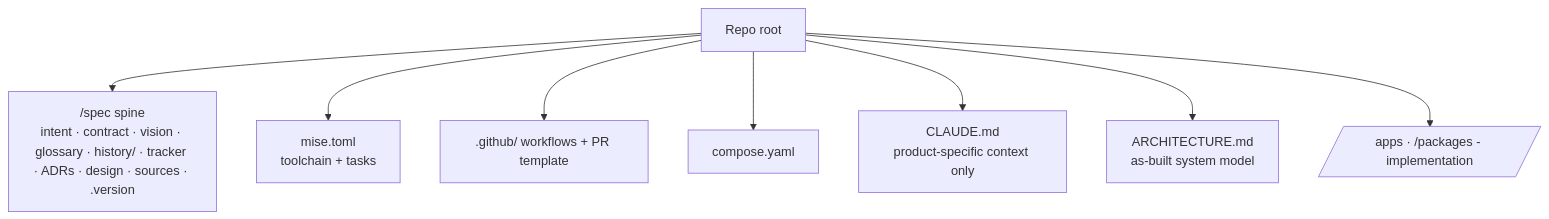
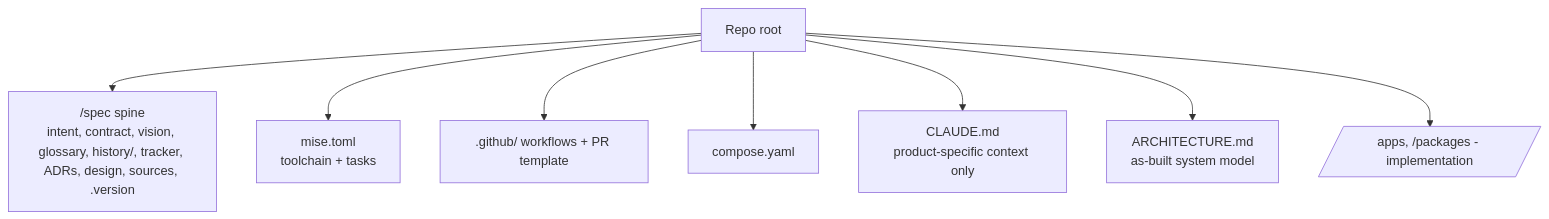
One commit to element22llc/e22-plugins changed the diagram in docs/reference/repository-contract.md. Above: the diagram before and after it, drawn with Mermaid. The commit also changed other lines of this file and 149 other files, not shown here.

````diff
--- a/docs/reference/repository-contract.md
+++ b/docs/reference/repository-contract.md
@@ -10,10 +10,10 @@
 ```mermaid
 flowchart TD
-    ROOT[Repo root] --> SPEC["/spec spine<br/>intent · contract · vision · glossary · history/ · tracker · ADRs · design · sources · .version"]
+    ROOT[Repo root] --> SPEC["/spec spine<br/>intent, contract, vision, glossary, history/, tracker, ADRs, design, sources, .version"]
     ROOT --> MISE[mise.toml<br/>toolchain + tasks]
     ROOT --> CI[.github/ workflows + PR template]
     ROOT --> COMPOSE[compose.yaml]
     ROOT --> CLAUDE[CLAUDE.md<br/>product-specific context only]
     ROOT --> ARCH[ARCHITECTURE.md<br/>as-built system model]
-    ROOT --> CODE[/apps · /packages - implementation/]
+    ROOT --> CODE[/apps, /packages - implementation/]
 ```
````
